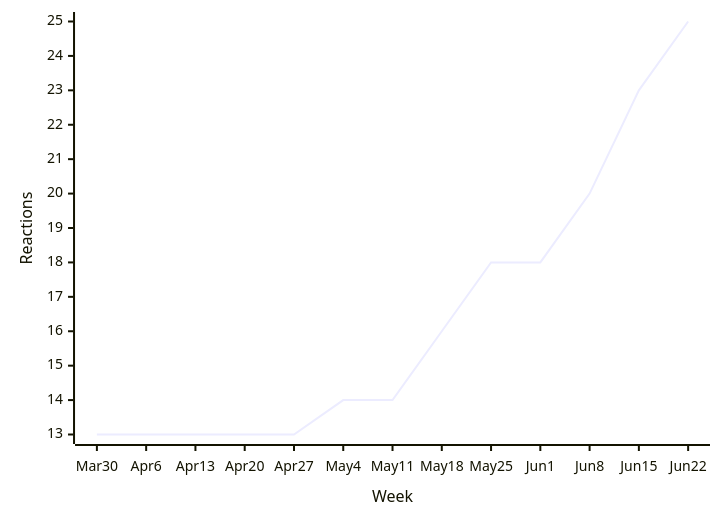
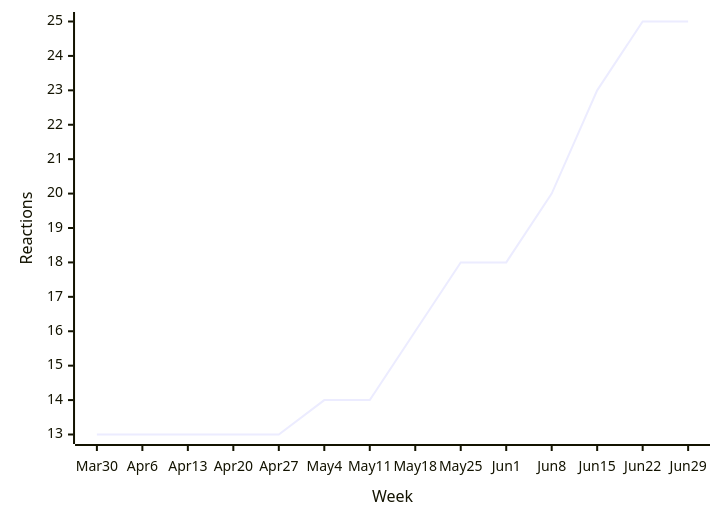
Diagram 14 of 48 in README.md (loic-sharma/github-insights), drawn with Mermaid before and after one commit. The commit also changed other lines of this file and 3 other files, not shown here.

````diff
--- a/README.md
+++ b/README.md
@@ -560,6 +560,6 @@
   ```mermaid
   xychart-beta
-    x-axis "Week" [Mar 30, Apr 6, Apr 13, Apr 20, Apr 27, May 4, May 11, May 18, May 25, Jun 1, Jun 8, Jun 15, Jun 22]
+    x-axis "Week" [Mar 30, Apr 6, Apr 13, Apr 20, Apr 27, May 4, May 11, May 18, May 25, Jun 1, Jun 8, Jun 15, Jun 22, Jun 29]
     y-axis "Reactions"
-    line [13, 13, 13, 13, 13, 14, 14, 16, 18, 18, 20, 23, 25]
+    line [13, 13, 13, 13, 13, 14, 14, 16, 18, 18, 20, 23, 25, 25]
   ```
````
